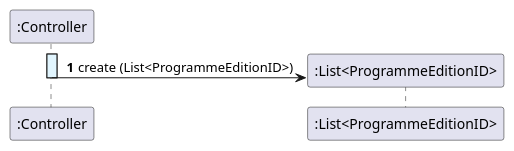
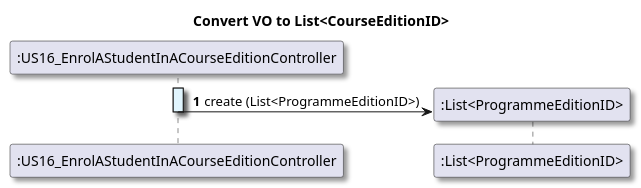
The diagram in docs/US16/references/US16_DDD_convertVOToListCourseEditionID.puml (GasparISEP/DevOps-PAI), drawn with PlantUML before and after one commit. The commit also changed 10 other files, not shown here.

Commit message:
docs(sequence-diagram): minor adjustments to course edition enrolment functionality SD #359, Closes #382, Closes #313, Closes #398

```diff
--- a/docs/US16/references/US16_DDD_convertVOToListCourseEditionID.puml
+++ b/docs/US16/references/US16_DDD_convertVOToListCourseEditionID.puml
@@ -1,15 +1,18 @@
 @startuml
+title Convert VO to List<CourseEditionID>
+autonumber
 skinparam {
   ActivityPadding 2
   ActivityMargin 2
   BoxPadding 2
 }
 skinparam defaultTextAlignment center
-autonumber
+skinparam shadowing true
 
-activate ":Controller" #E1F5FE
+
+activate ":US16_EnrolAStudentInACourseEditionController" #E1F5FE
 create ":List<ProgrammeEditionID>"
-":Controller" -> ":List<ProgrammeEditionID>": create (List<ProgrammeEditionID>)
+":US16_EnrolAStudentInACourseEditionController" -> ":List<ProgrammeEditionID>": create (List<ProgrammeEditionID>)
 
-deactivate ":Controller"
+deactivate ":US16_EnrolAStudentInACourseEditionController"
 @enduml
```
